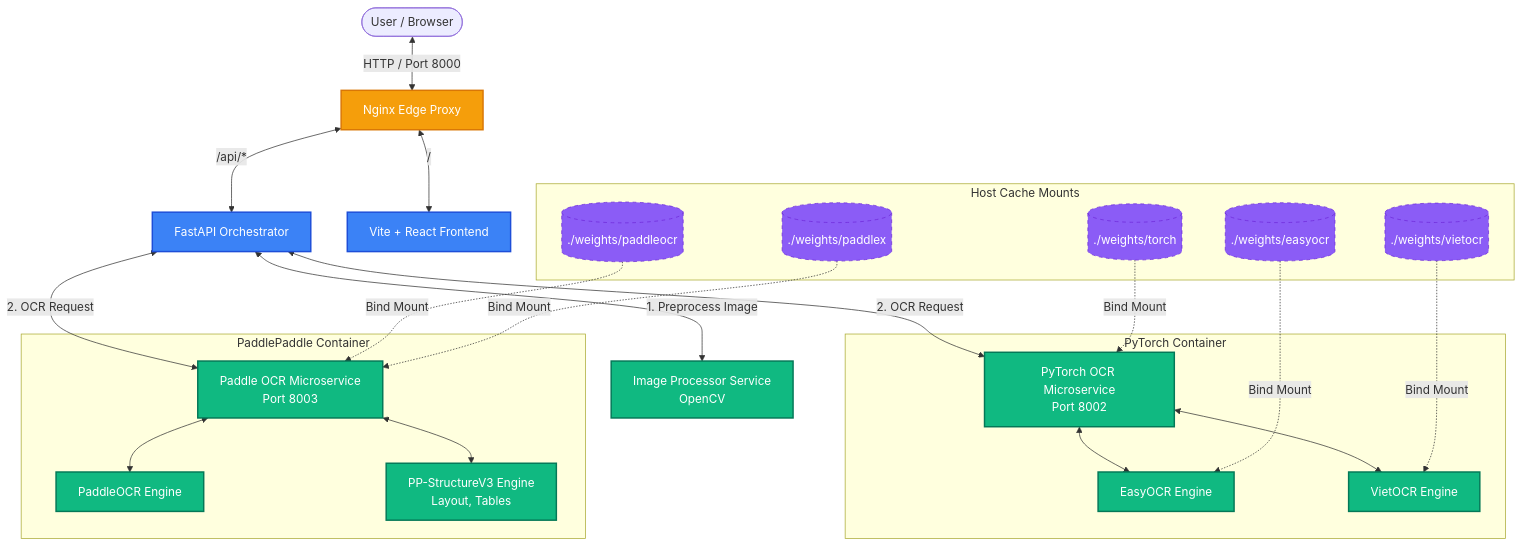
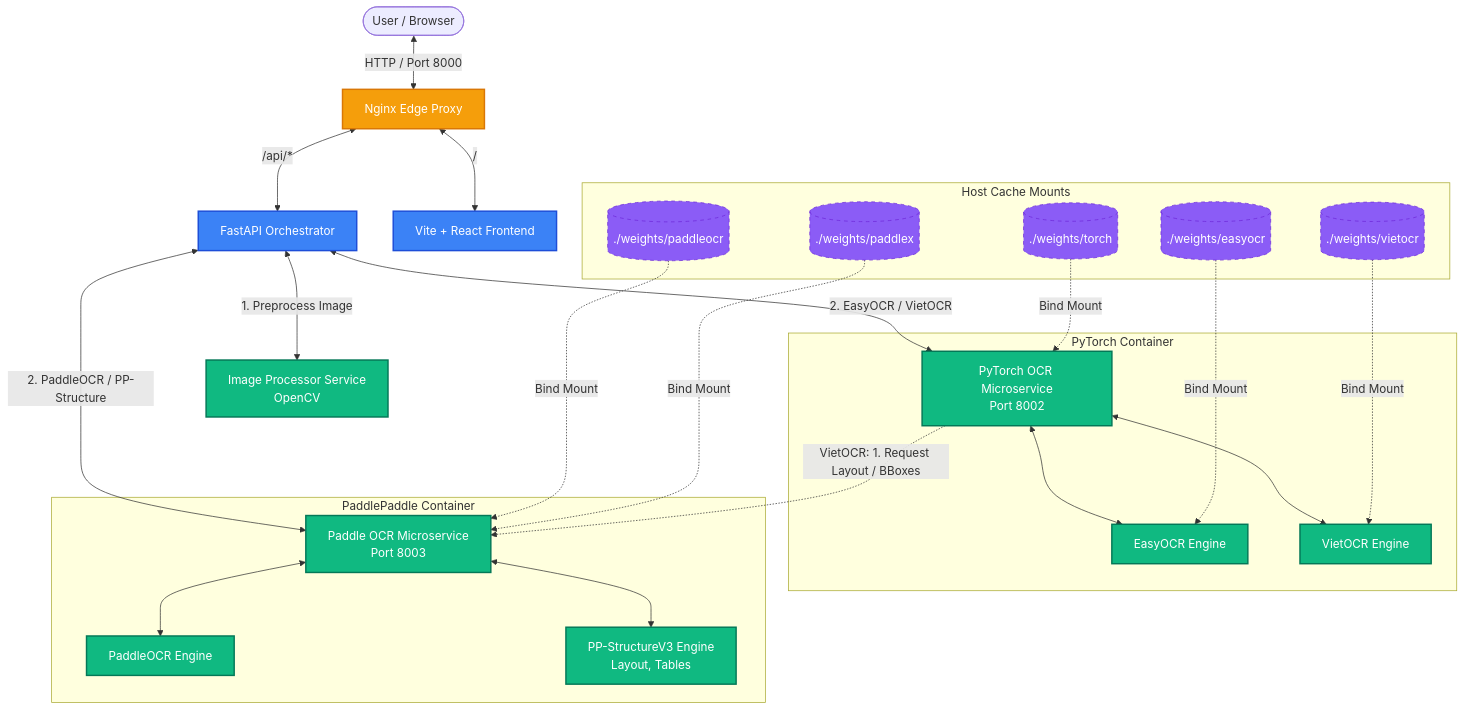
Before and after one commit to DucAnhishere/OCR-playground: the first of 2 diagrams in README.md, drawn with Mermaid. The commit also changed other lines of this file, not shown here.

Commit message:
docs: add hybrid VietOCR flow description and sequence diagram to README

````diff
--- a/README.md
+++ b/README.md
@@ -37,45 +37,47 @@
 ```mermaid
 graph TD
     User([User / Browser]) <--> |HTTP / Port 8000| Nginx[Nginx Edge Proxy]
     
     Nginx <--> | / | FE[Vite + React Frontend]
     Nginx <--> | /api/* | BFF[FastAPI Orchestrator]
     
     BFF <--> |1. Preprocess Image| IMG[Image Processor Service<br/>OpenCV]
-    BFF <--> |2. OCR Request| PY[PyTorch OCR Microservice<br/>Port 8002]
-    BFF <--> |2. OCR Request| PD[Paddle OCR Microservice<br/>Port 8003]
+    BFF <--> |2. EasyOCR / VietOCR| PY[PyTorch OCR Microservice<br/>Port 8002]
+    BFF <--> |2. PaddleOCR / PP-Structure| PD[Paddle OCR Microservice<br/>Port 8003]
+    
+    PY -.-> |VietOCR: 1. Request Layout / BBoxes| PD
     
     subgraph PyTorch [PyTorch Container]
         PY
         Easy[EasyOCR Engine]
         Viet[VietOCR Engine]
         PY <--> Easy
         PY <--> Viet
     end
     
     subgraph Paddle [PaddlePaddle Container]
         PD
         PaddleOCR[PaddleOCR Engine]
         Struct[PP-StructureV3 Engine<br/>Layout, Tables]
         PD <--> PaddleOCR
         PD <--> Struct
     end
     
     subgraph Weights [Host Cache Mounts]
         W_Easy[(./weights/easyocr)] -.-> |Bind Mount| Easy
         W_Viet[(./weights/vietocr)] -.-> |Bind Mount| Viet
         W_Torch[(./weights/torch)] -.-> |Bind Mount| PY
         W_Paddle[(./weights/paddleocr)] -.-> |Bind Mount| PD
         W_Paddlex[(./weights/paddlex)] -.-> |Bind Mount| PD
     end
     
     classDef main fill:#3b82f6,stroke:#1d4ed8,color:#fff,stroke-width:2px;
     classDef service fill:#10b981,stroke:#047857,color:#fff,stroke-width:2px;
     classDef proxy fill:#f59e0b,stroke:#d97706,color:#fff,stroke-width:2px;
     classDef mount fill:#8b5cf6,stroke:#6d28d9,color:#fff,stroke-width:1px,stroke-dasharray: 5 5;
     
     class FE,BFF main;
     class Nginx proxy;
     class PY,PD,IMG,Easy,Viet,PaddleOCR,Struct service;
     class W_Easy,W_Viet,W_Torch,W_Paddle,W_Paddlex mount;
 ```
````
